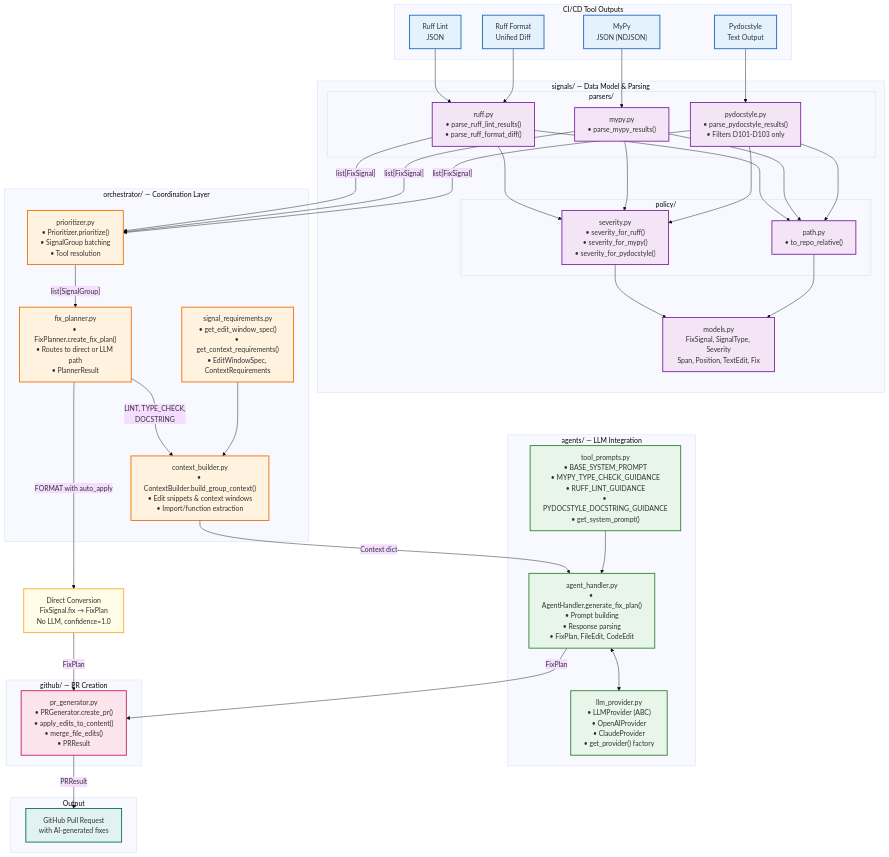
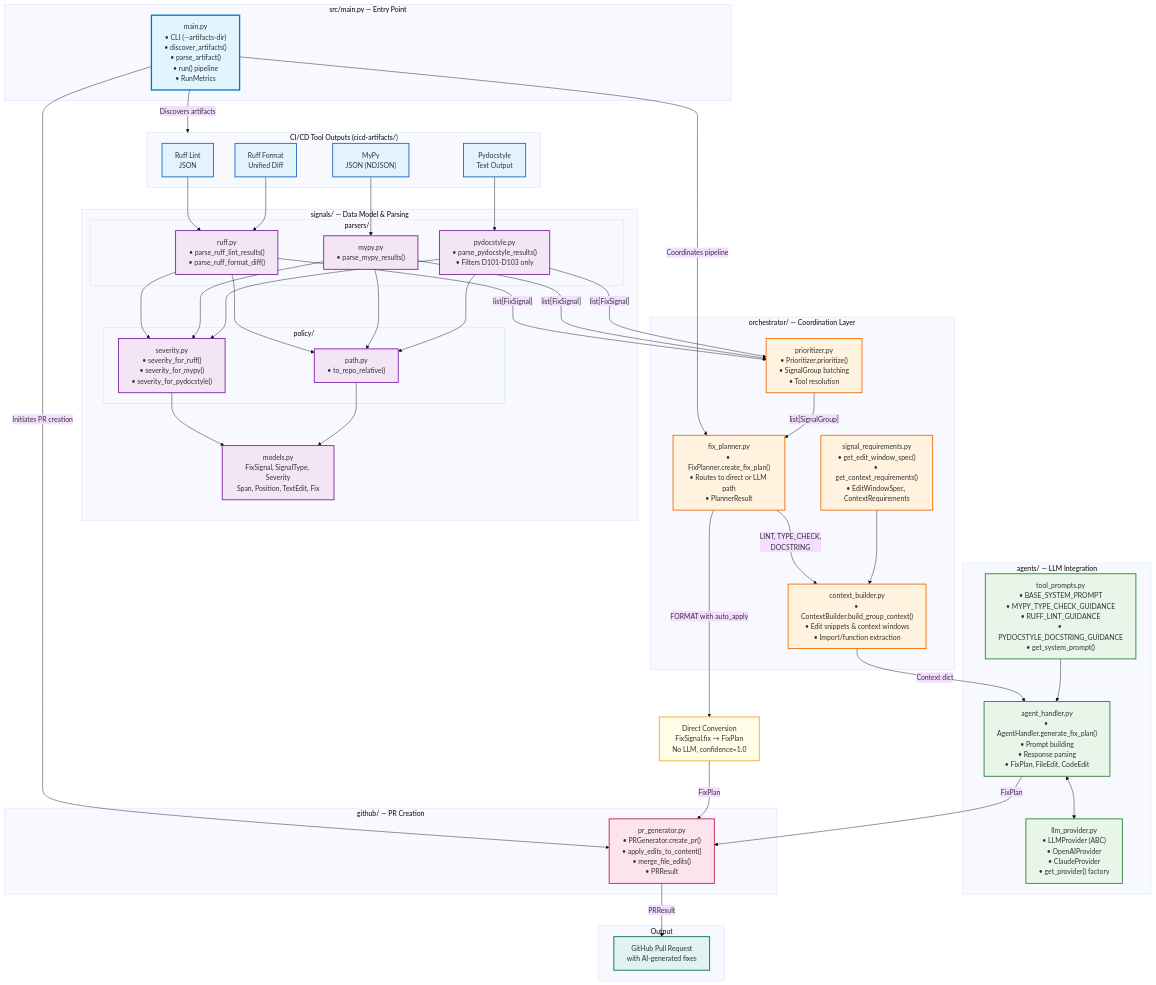
One commit to davidjmoloney/cicd-ai-assistant changed the first of 7 diagrams in docs/module-architecture-diagram.md. Above: the diagram before and after it, drawn with Mermaid (base theme). The commit also changed other lines of this file and 3 other files, not shown here.

````diff
--- a/docs/module-architecture-diagram.md
+++ b/docs/module-architecture-diagram.md
@@ -9,6 +9,10 @@
 ```mermaid
 flowchart TB
-    subgraph Input["CI/CD Tool Outputs"]
+    subgraph Main["src/main.py — Entry Point"]
+        MainModule["main.py<br/>• CLI (--artifacts-dir)<br/>• discover_artifacts()<br/>• parse_artifact()<br/>• run() pipeline<br/>• RunMetrics"]
+    end
+
+    subgraph Input["CI/CD Tool Outputs (cicd-artifacts/)"]
         RuffLint["Ruff Lint<br/>JSON"]
         RuffFormat["Ruff Format<br/>Unified Diff"]
         MyPy["MyPy<br/>JSON (NDJSON)"]
@@ -56,6 +60,11 @@
         PR["GitHub Pull Request<br/>with AI-generated fixes"]
     end
 
+    %% Main orchestrates the pipeline
+    MainModule -->|"Discovers artifacts"| Input
+    MainModule -->|"Coordinates pipeline"| FixPlanner
+    MainModule -->|"Initiates PR creation"| PRGenerator
+
     %% Input connections
     RuffLint --> RuffParser
     RuffFormat --> RuffParser
@@ -101,6 +110,7 @@
     PRGenerator -->|"PRResult"| PR
 
     %% Styling
+    classDef mainClass fill:#e1f5fe,stroke:#0277bd,stroke-width:3px
     classDef inputClass fill:#e3f2fd,stroke:#1565c0,stroke-width:2px
     classDef signalsClass fill:#f3e5f5,stroke:#7b1fa2,stroke-width:2px
     classDef orchestratorClass fill:#fff3e0,stroke:#ef6c00,stroke-width:2px
@@ -109,6 +119,7 @@
     classDef outputClass fill:#e0f2f1,stroke:#00695c,stroke-width:2px
     classDef directPath fill:#fffde7,stroke:#f9a825,stroke-width:2px
 
+    class MainModule mainClass
     class RuffLint,RuffFormat,MyPy,PyDocStyle inputClass
     class RuffParser,MyPyParser,PyDocStyleParser,SeverityPolicy,PathPolicy,SignalModels signalsClass
     class Prioritizer,SignalReqs,ContextBuilder,FixPlanner orchestratorClass
````
